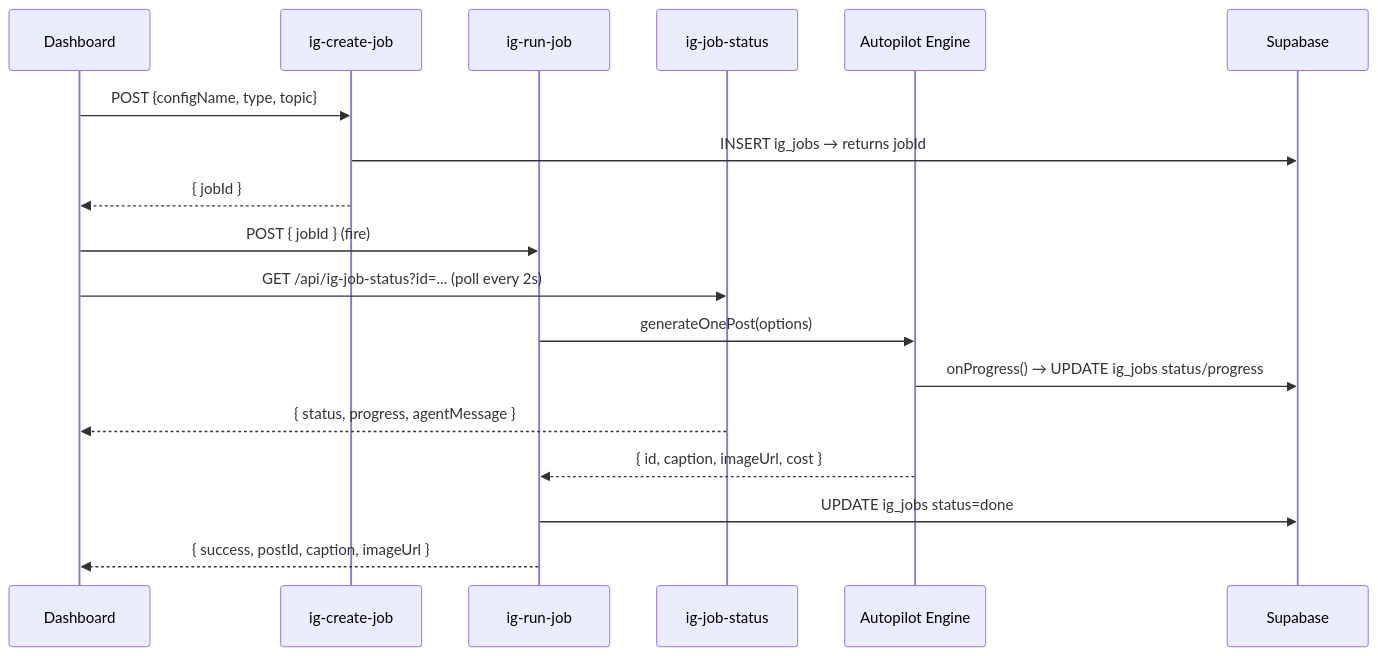
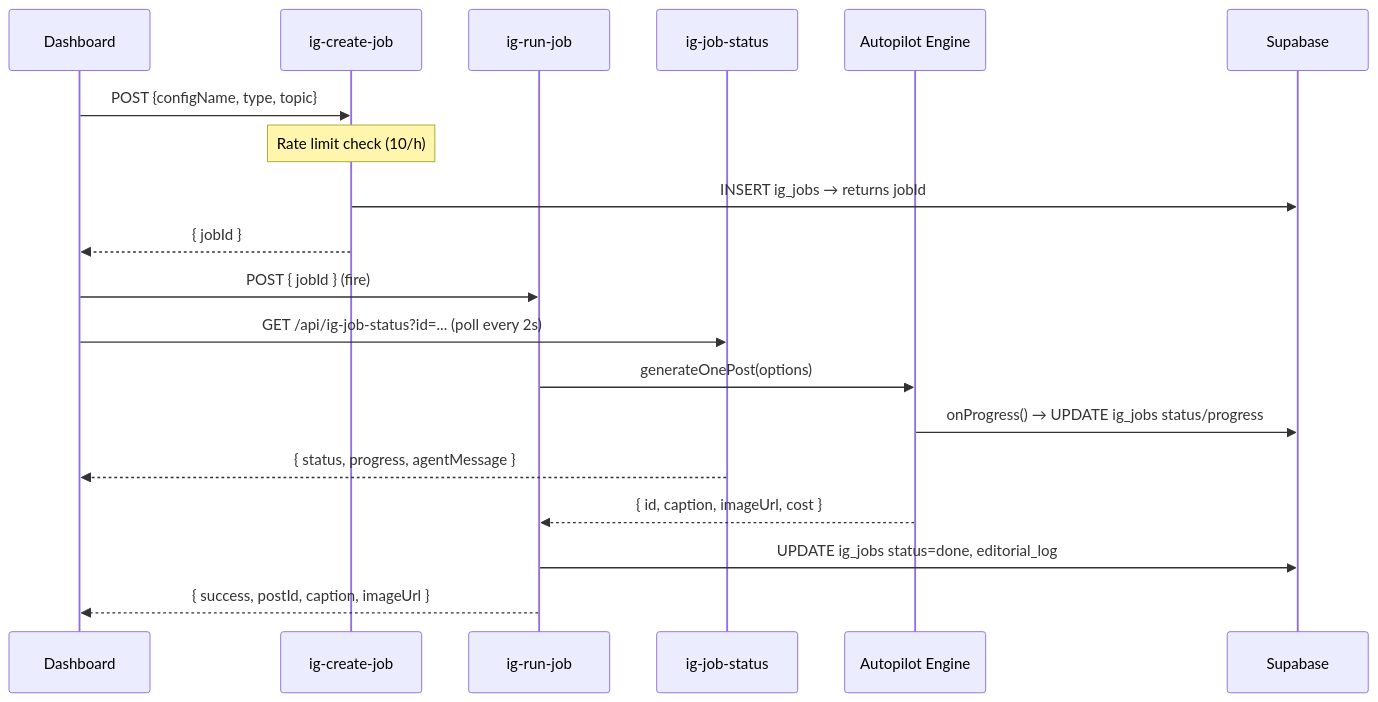
Before and after one commit to pocivnoci/prodamevas: the second of 2 diagrams in docs/SYSTEM_KNOWLEDGE_BASE.md, drawn with Mermaid. The commit also changed other lines of this file and 6 other files, not shown here.

````diff
--- a/docs/SYSTEM_KNOWLEDGE_BASE.md
+++ b/docs/SYSTEM_KNOWLEDGE_BASE.md
@@ -93,21 +96,22 @@
 ```mermaid
 sequenceDiagram
     participant UI as Dashboard
     participant CJ as ig-create-job
     participant RJ as ig-run-job
     participant JS as ig-job-status
     participant AP as Autopilot Engine
     participant DB as Supabase
 
     UI->>CJ: POST {configName, type, topic}
+    Note over CJ: Rate limit check (10/h)
     CJ->>DB: INSERT ig_jobs → returns jobId
     CJ-->>UI: { jobId }
     UI->>RJ: POST { jobId } (fire)
     UI->>JS: GET /api/ig-job-status?id=... (poll every 2s)
     RJ->>AP: generateOnePost(options)
     AP->>DB: onProgress() → UPDATE ig_jobs status/progress
     JS-->>UI: { status, progress, agentMessage }
     AP-->>RJ: { id, caption, imageUrl, cost }
-    RJ->>DB: UPDATE ig_jobs status=done
+    RJ->>DB: UPDATE ig_jobs status=done, editorial_log
     RJ-->>UI: { success, postId, caption, imageUrl }
 ```
````
